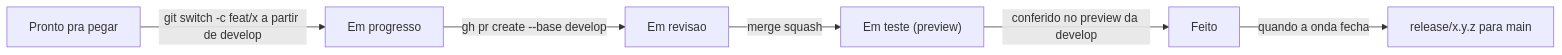
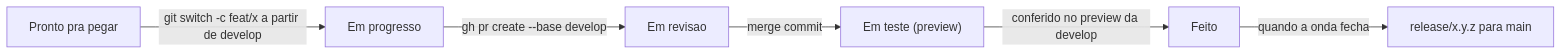
The diagram in docs/processo/KANBAN.md (BielWeed/ikcous-marketplace), drawn with Mermaid before and after one commit. The commit also changed 2 other files, not shown here.

Commit message:
docs(tooling): metodologia, kanban e onboarding ensinam merge commit

````diff
--- a/docs/processo/KANBAN.md
+++ b/docs/processo/KANBAN.md
@@ -152,8 +152,8 @@
 ```mermaid
 flowchart LR
     A["Pronto pra pegar"] -->|"git switch -c feat/x a partir de develop"| B["Em progresso"]
     B -->|"gh pr create --base develop"| C["Em revisao"]
-    C -->|"merge squash"| D["Em teste (preview)"]
+    C -->|"merge commit"| D["Em teste (preview)"]
     D -->|"conferido no preview da develop"| E["Feito"]
     E -->|"quando a onda fecha"| F["release/x.y.z para main"]
 ```
````
